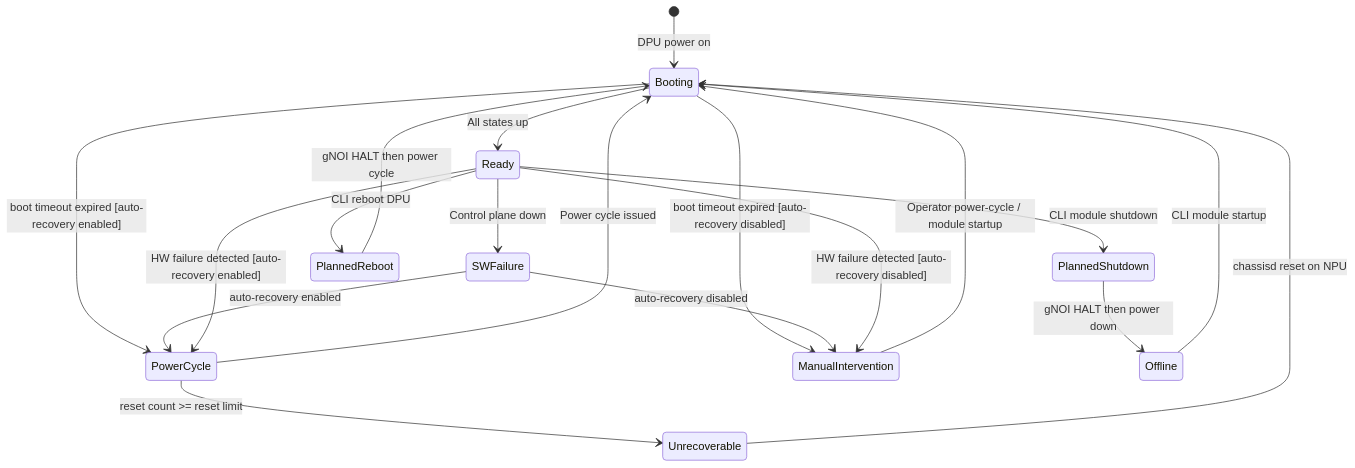
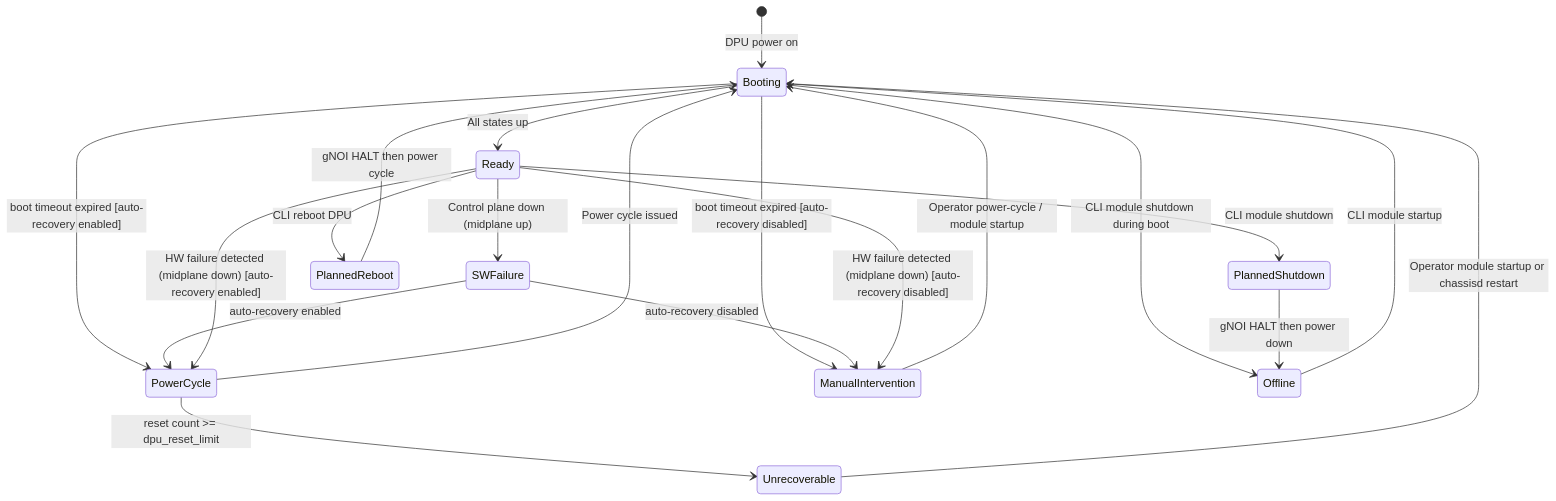
Before and after one commit to sonic-net/SONiC: the diagram in doc/smart-switch/pmon/enhance-dpu-robustness.md, drawn with Mermaid. The commit also changed other lines of this file, not shown here.

````diff
--- a/doc/smart-switch/pmon/enhance-dpu-robustness.md
+++ b/doc/smart-switch/pmon/enhance-dpu-robustness.md
@@ -238,30 +238,31 @@
 ```mermaid
 stateDiagram-v2
     [*] --> Booting : DPU power on
 
     Booting --> Ready : All states up
     Booting --> PowerCycle : boot timeout expired [auto-recovery enabled]
     Booting --> ManualIntervention : boot timeout expired [auto-recovery disabled]
 
-    Ready --> SWFailure : Control plane down
+    Ready --> SWFailure : Control plane down (midplane up)
     SWFailure --> PowerCycle : auto-recovery enabled
     SWFailure --> ManualIntervention : auto-recovery disabled
 
-    Ready --> PowerCycle : HW failure detected [auto-recovery enabled]
-    Ready --> ManualIntervention : HW failure detected [auto-recovery disabled]
+    Ready --> PowerCycle : HW failure detected (midplane down) [auto-recovery enabled]
+    Ready --> ManualIntervention : HW failure detected (midplane down) [auto-recovery disabled]
 
     PowerCycle --> Booting : Power cycle issued
-    PowerCycle --> Unrecoverable : reset count >= reset limit
+    PowerCycle --> Unrecoverable : reset count >= dpu_reset_limit
 
     ManualIntervention --> Booting : Operator power-cycle / module startup
 
+    Booting --> Offline : CLI module shutdown during boot
     Ready --> PlannedShutdown : CLI module shutdown
     Ready --> PlannedReboot : CLI reboot DPU
 
     PlannedShutdown --> Offline : gNOI HALT then power down
     PlannedReboot --> Booting : gNOI HALT then power cycle
 
     Offline --> Booting : CLI module startup
 
-    Unrecoverable --> Booting : chassisd reset on NPU
+    Unrecoverable --> Booting : Operator module startup or chassisd restart
 ```
````
